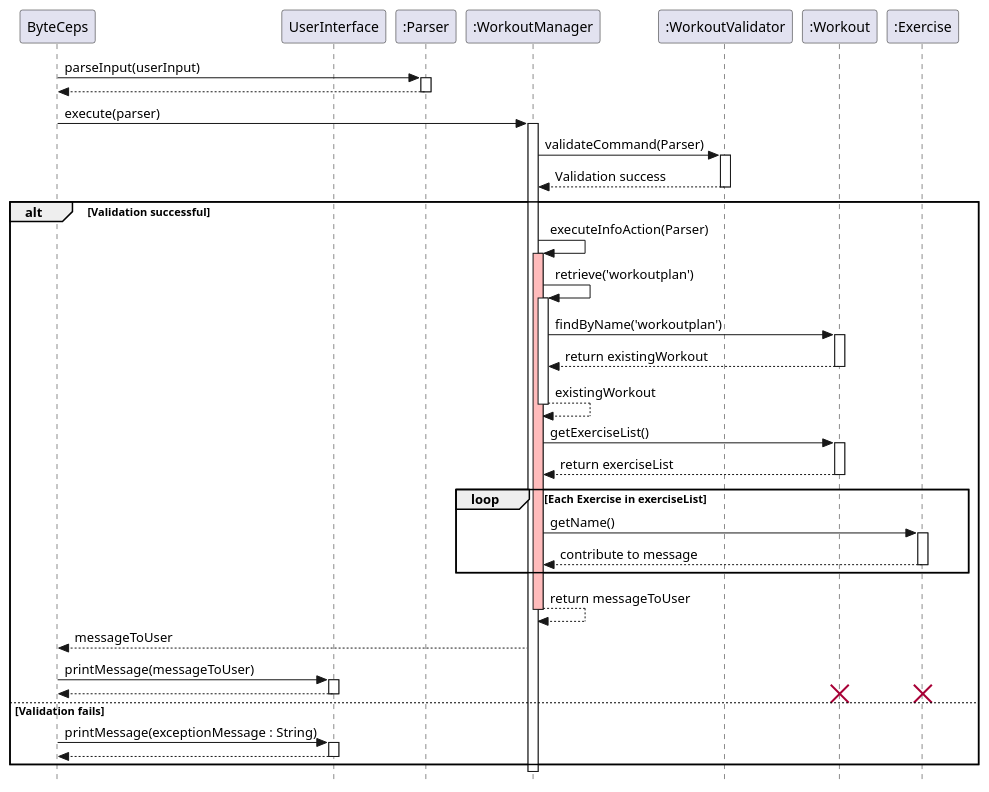
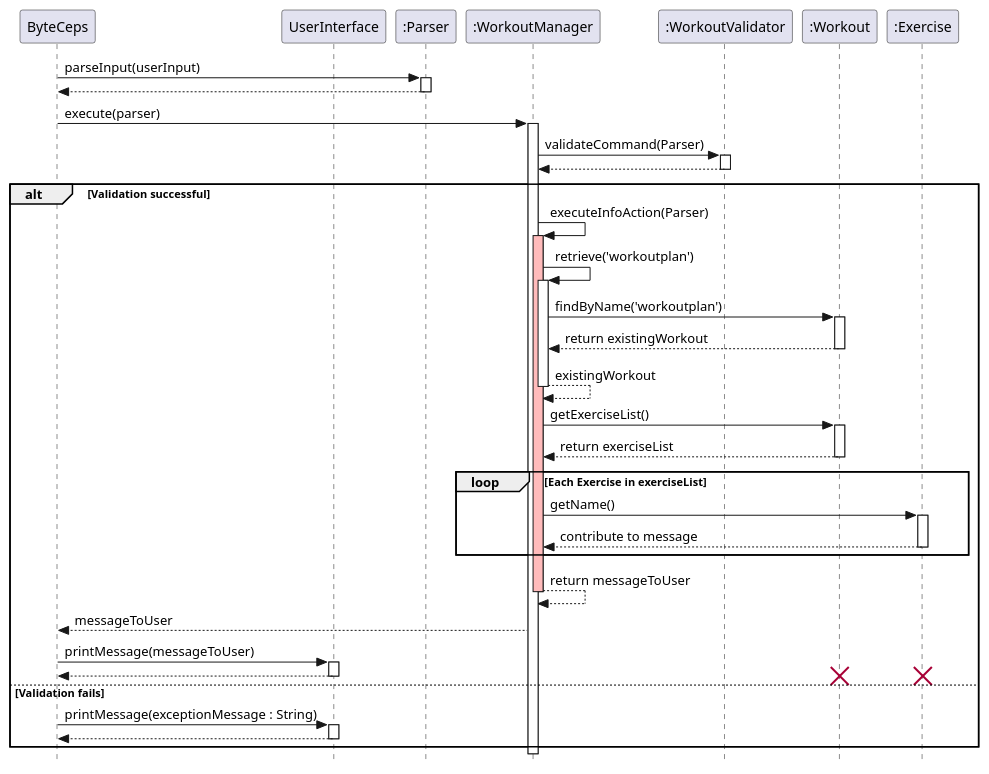
Before and after one commit to joshualeejunyi/tp: the diagram in docs/plantuml/listExerciseInWorkoutPlan.puml, drawn with PlantUML. The commit also changed 7 other files, not shown here.

Commit message:
Modify sequence diagram for workout & exercise

```diff
--- a/docs/plantuml/listExerciseInWorkoutPlan.puml
+++ b/docs/plantuml/listExerciseInWorkoutPlan.puml
@@ -1,75 +1,75 @@
 @startuml SequenceDiagram
 
 skinparam classAttributeIconSize 0
 skinparam style strictuml
 
 participant ByteCeps as User
 participant UserInterface
 participant ":Parser" as Parser
 participant ":WorkoutManager" as WorkoutManager
 participant ":WorkoutValidator" as Validator
 participant ":Workout" as Workout
 participant ":Exercise" as Exercise
 
 User -> Parser : parseInput(userInput)
 activate Parser
 User <-- Parser
 deactivate Parser
 
 User -> WorkoutManager : execute(parser)
 activate WorkoutManager
 
 WorkoutManager -> Validator : validateCommand(Parser)
 activate Validator
-Validator --> WorkoutManager : Validation success
+Validator --> WorkoutManager :
 deactivate Validator
 
 alt Validation successful
 
     WorkoutManager -> WorkoutManager : executeInfoAction(Parser)
     activate WorkoutManager #FFBBBB
 
     WorkoutManager -> WorkoutManager : retrieve('workoutplan')
     activate WorkoutManager
     WorkoutManager -> Workout : findByName('workoutplan')
     activate Workout
     Workout --> WorkoutManager : return existingWorkout
     deactivate Workout
     WorkoutManager --> WorkoutManager : existingWorkout
     deactivate WorkoutManager #FFBBBB
 
     WorkoutManager -> Workout : getExerciseList()
     activate Workout
     Workout --> WorkoutManager : return exerciseList
     deactivate Workout
 
     loop Each Exercise in exerciseList
         WorkoutManager -> Exercise : getName()
         activate Exercise
         Exercise --> WorkoutManager : contribute to message
         deactivate Exercise
     end
 
     WorkoutManager --> WorkoutManager : return messageToUser
     deactivate WorkoutManager
     WorkoutManager --> User : messageToUser
 
     User -> UserInterface: printMessage(messageToUser)
     activate UserInterface
     UserInterface --> User
     deactivate UserInterface
 
     destroy Workout
     destroy Exercise
 
 else Validation fails
     User -> UserInterface: printMessage(exceptionMessage : String)
     activate UserInterface
     UserInterface --> User:
     deactivate UserInterface
 end
 
 deactivate WorkoutManager
 deactivate Parser
 
 @enduml
```
